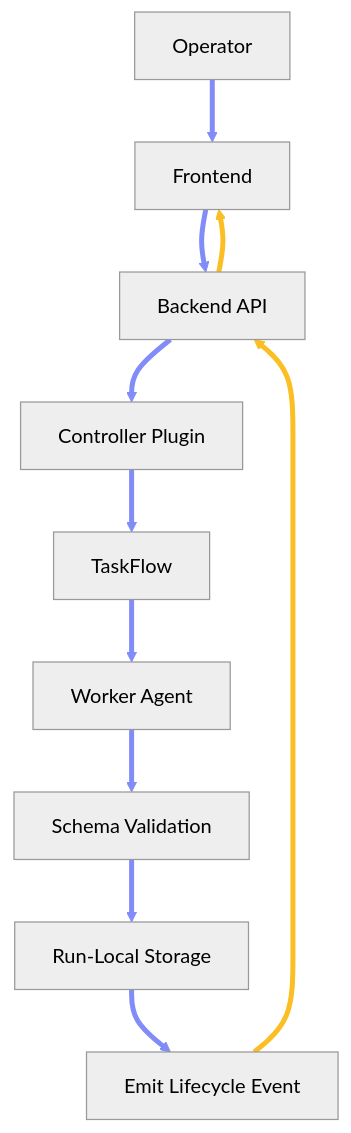
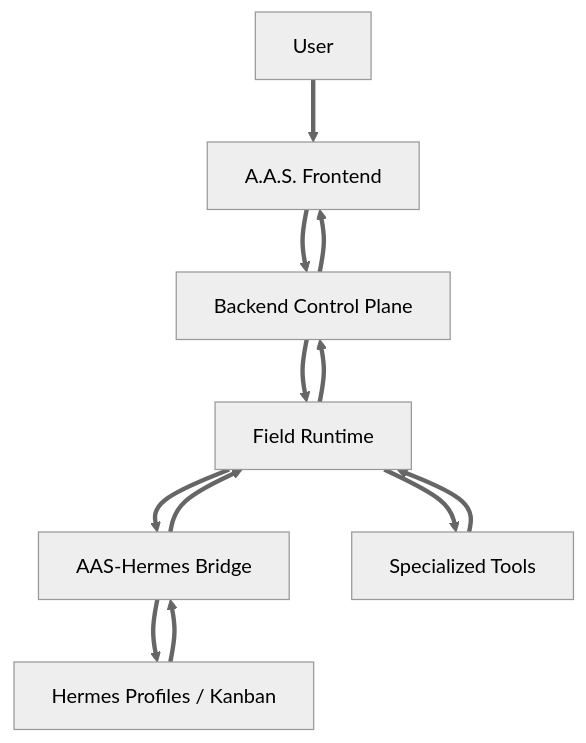
The first of 2 diagrams in content/chapter-2.3.md (nyandesigns0/openclaw-guide), drawn with Mermaid (neutral theme) before and after one commit. The commit also changed other lines of this file and 12 other files, not shown here.

Commit message:
docs: update chapters 1.1, 1.2, 2.1, 2.2, and 2.3 to define A.A.S. Field Runtime architecture, agent models, memory structures, and design principles

````diff
--- a/content/chapter-2.3.md
+++ b/content/chapter-2.3.md
@@ -73,17 +28,15 @@
 ```mermaid
 %%{init: {'flowchart': {'arrowMarkerSize': 1.5}}}%%
 flowchart TD
-    OP[Operator] ==> FE[Frontend]
-    FE ==> BE[Backend API]
-    BE ==> CP[Controller Plugin]
-    CP ==> TF[TaskFlow]
-    TF ==> W[Worker Agent]
-    W ==> V[Schema Validation]
-    V ==> S[Run-Local Storage]
-    S ==> E[Emit Lifecycle Event]
-    E ==> BE
+    U[User] ==> FE[A.A.S. Frontend]
+    FE ==> BE[Backend Control Plane]
+    BE ==> FR[Field Runtime]
+    FR ==> HB[AAS-Hermes Bridge]
+    HB ==> HE[Hermes Profiles / Kanban]
+    HE ==> HB
+    HB ==> FR
+    FR ==> TOOLS[Specialized Tools]
+    TOOLS ==> FR
+    FR ==> BE
     BE ==> FE
-
-    linkStyle 0,1,2,3,4,5,6,7 stroke:#818cf8,stroke-width:4px
-    linkStyle 8,9 stroke:#fbbf24,stroke-width:4px
 ```
````
